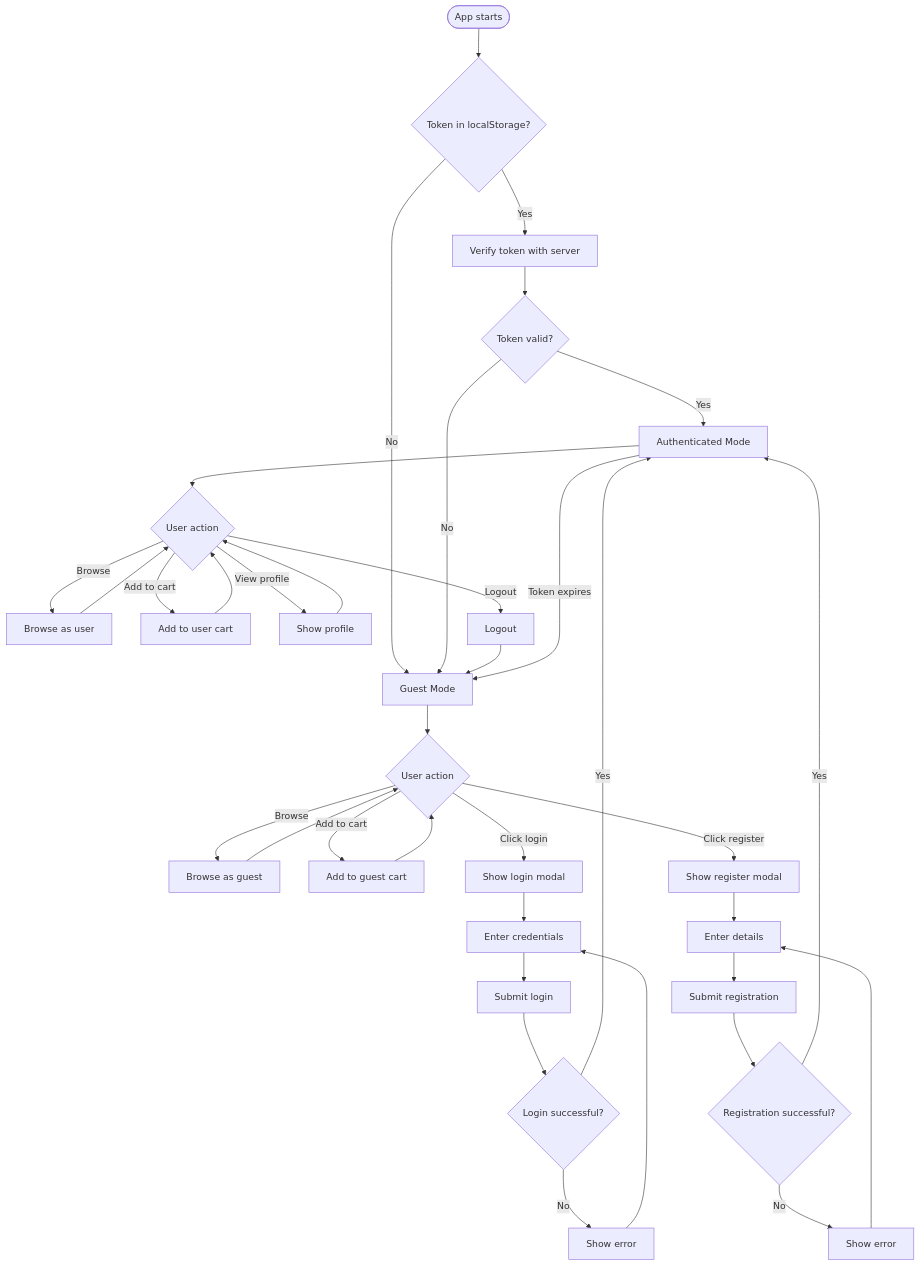
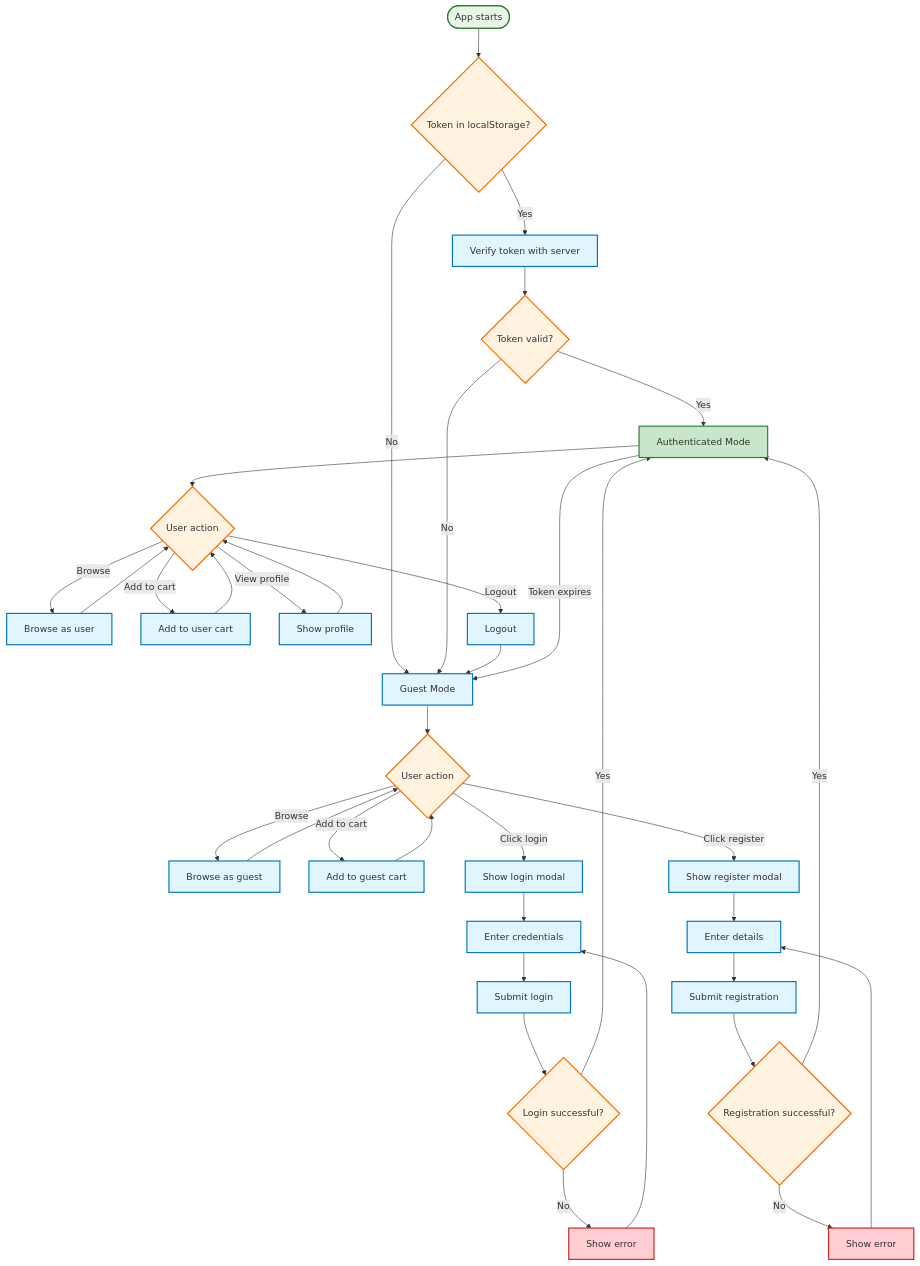
One commit to shmuelkapiloff/simple- changed the seventh of 16 diagrams in docs/SYSTEM_MAP.md. Above: the diagram before and after it, drawn with Mermaid. The commit also changed other lines of this file, not shown here.

Commit message:
style: Add comprehensive styling and colors to all flowcharts - Security, Search, Email, Admin, Payment, and Token Refresh flows

````diff
--- a/docs/SYSTEM_MAP.md
+++ b/docs/SYSTEM_MAP.md
@@ -632,47 +632,60 @@
 ```mermaid
 flowchart TD
     Start([App starts]) --> CheckToken{Token in localStorage?}
     
     CheckToken -->|Yes| VerifyToken[Verify token with server]
     CheckToken -->|No| GuestMode[Guest Mode]
     
     VerifyToken --> TokenValid{Token valid?}
     TokenValid -->|Yes| AuthMode[Authenticated Mode]
     TokenValid -->|No| GuestMode
     
     GuestMode --> GuestActions{User action}
     GuestActions -->|Browse| GuestBrowse[Browse as guest]
     GuestActions -->|Add to cart| GuestCart[Add to guest cart]
     GuestActions -->|Click login| ShowLogin[Show login modal]
     GuestActions -->|Click register| ShowRegister[Show register modal]
     
     GuestBrowse --> GuestActions
     GuestCart --> GuestActions
     
     ShowLogin --> LoginForm[Enter credentials]
     LoginForm --> SubmitLogin[Submit login]
     SubmitLogin --> LoginResult{Login successful?}
     LoginResult -->|Yes| AuthMode
     LoginResult -->|No| LoginError[Show error]
     LoginError --> LoginForm
     
     ShowRegister --> RegisterForm[Enter details]
     RegisterForm --> SubmitRegister[Submit registration]
     SubmitRegister --> RegisterResult{Registration successful?}
     RegisterResult -->|Yes| AuthMode
     RegisterResult -->|No| RegisterError[Show error]
     RegisterError --> RegisterForm
     
     AuthMode --> AuthActions{User action}
     AuthActions -->|Browse| AuthBrowse[Browse as user]
     AuthActions -->|Add to cart| AuthCart[Add to user cart]
     AuthActions -->|View profile| ShowProfile[Show profile]
     AuthActions -->|Logout| DoLogout[Logout]
     
     AuthBrowse --> AuthActions
     AuthCart --> AuthActions
     ShowProfile --> AuthActions
     DoLogout --> GuestMode
     
     AuthMode -->|Token expires| GuestMode
+    
+    %% Styling
+    classDef success fill:#c8e6c9,stroke:#2e7d32,stroke-width:2px
+    classDef error fill:#ffcdd2,stroke:#c62828,stroke-width:2px
+    classDef process fill:#e1f5fe,stroke:#0277bd,stroke-width:2px
+    classDef decision fill:#fff3e0,stroke:#ef6c00,stroke-width:2px
+    classDef start fill:#e8f5e8,stroke:#2e7d32,stroke-width:2px
+
+    class Start start
+    class CheckToken,TokenValid,GuestActions,LoginResult,RegisterResult,AuthActions decision
+    class VerifyToken,GuestMode,GuestBrowse,GuestCart,ShowLogin,ShowRegister,LoginForm,SubmitLogin,RegisterForm,SubmitRegister,AuthMode,AuthBrowse,AuthCart,ShowProfile,DoLogout process
+    class AuthMode success
+    class LoginError,RegisterError error
 ```
````
